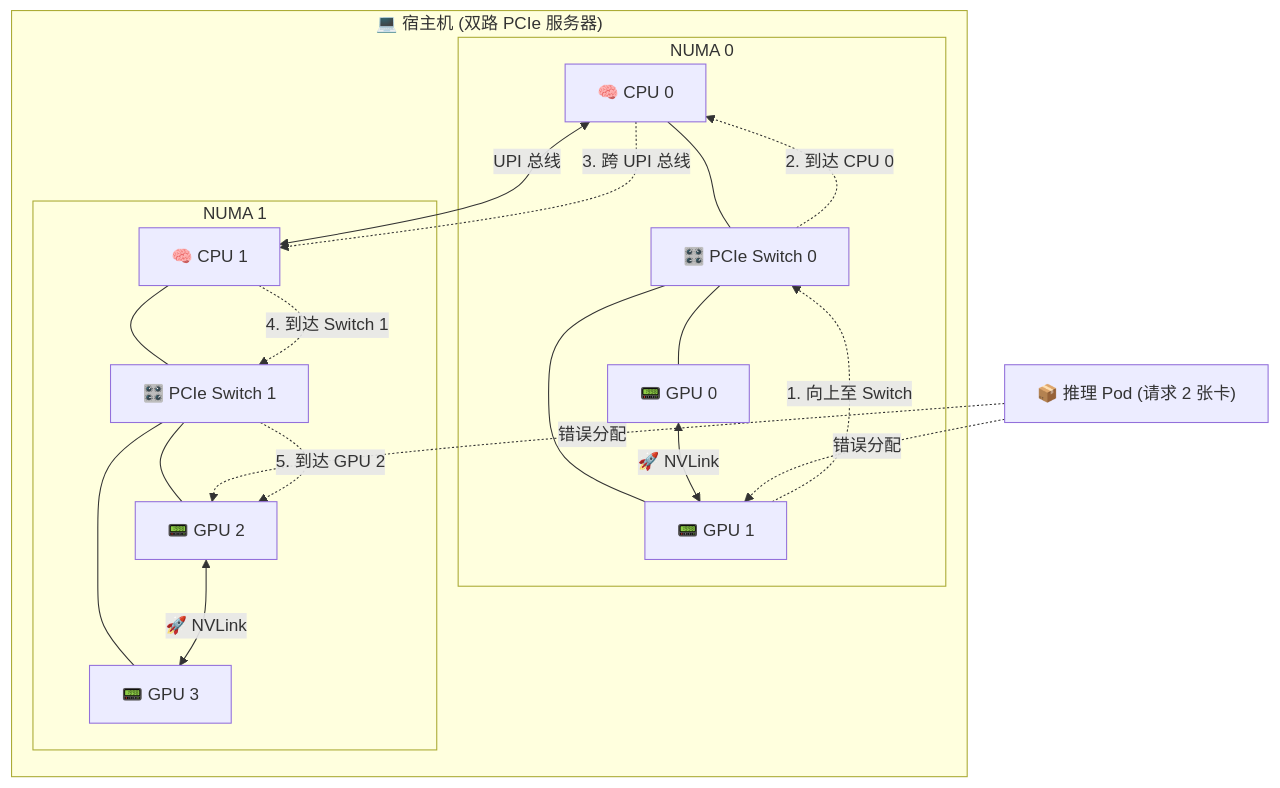
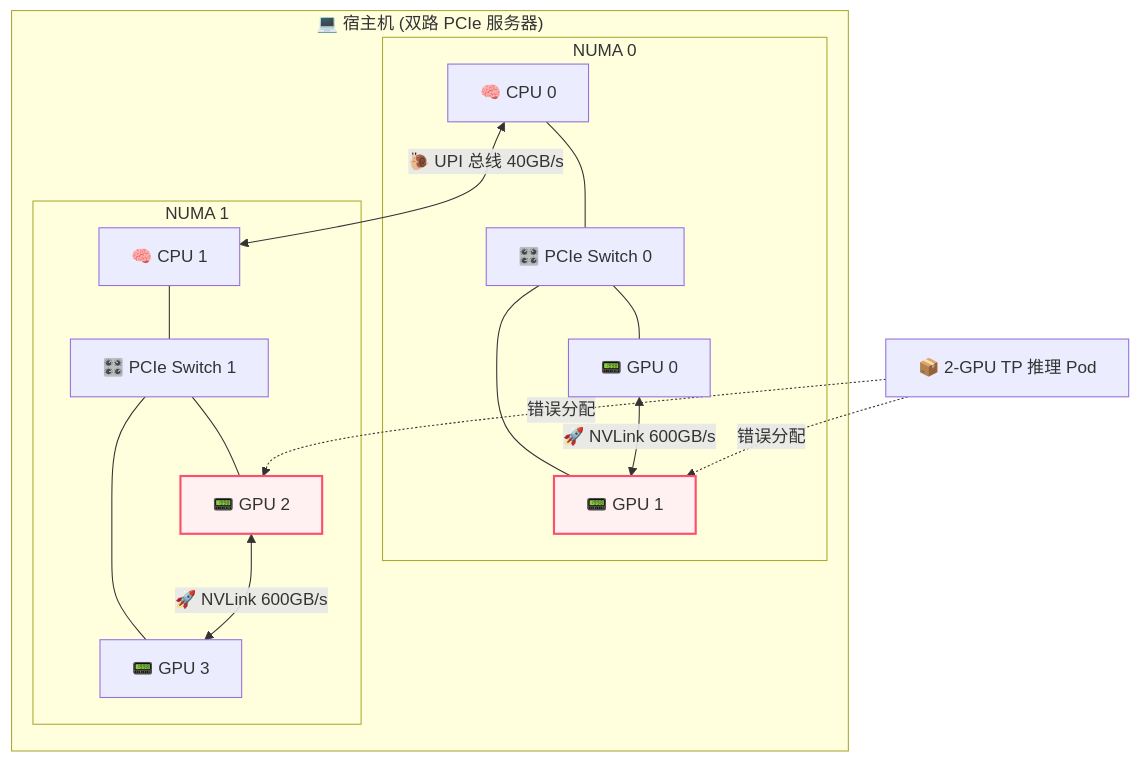
One commit to Random-Liu/llm-inference-principle-to-production changed the second of 6 diagrams in parts/part5_k8s.cn.md. Above: the diagram before and after it, drawn with Mermaid. The commit also changed other lines of this file and 1 other file, not shown here.

First line of the commit message:
Refine GPUDirect RDMA description and diagram

````diff
--- a/parts/part5_k8s.cn.md
+++ b/parts/part5_k8s.cn.md
@@ -240,30 +240,26 @@
 ```mermaid
 graph TD
     subgraph Host ["💻 宿主机 (双路 PCIe 服务器)"]
         subgraph NUMA0 ["NUMA 0"]
             CPU0["🧠 CPU 0"] --- Switch0["🎛️ PCIe Switch 0"]
             Switch0 --- GPU0["📟 GPU 0"]
             Switch0 --- GPU1["📟 GPU 1"]
-            GPU0 <-->|🚀 NVLink| GPU1
+            GPU0 <-->|🚀 NVLink 600GB/s| GPU1
         end
         
         subgraph NUMA1 ["NUMA 1"]
             CPU1["🧠 CPU 1"] --- Switch1["🎛️ PCIe Switch 1"]
             Switch1 --- GPU2["📟 GPU 2"]
             Switch1 --- GPU3["📟 GPU 3"]
-            GPU2 <-->|🚀 NVLink| GPU3
+            GPU2 <-->|🚀 NVLink 600GB/s| GPU3
         end
         
-        CPU0 <-->|UPI 总线| CPU1
+        CPU0 <-->|🐌 UPI 总线 40GB/s| CPU1
     end
     
-    Pod["📦 推理 Pod (请求 2 张卡)"] -.->|错误分配| GPU1
+    Pod["📦 2-GPU TP 推理 Pod"] -.->|错误分配| GPU1
     Pod -.->|错误分配| GPU2
-    
-    %% 高亮慢速通信路径
-    GPU1 -.->|1. 向上至 Switch| Switch0
-    Switch0 -.->|2. 到达 CPU 0| CPU0
-    CPU0 -.->|3. 跨 UPI 总线| CPU1
-    CPU1 -.->|4. 到达 Switch 1| Switch1
-    Switch1 -.->|5. 到达 GPU 2| GPU2
+
+    style GPU1 fill:#fff0f2,stroke:#ff4d6d,stroke-width:2px
+    style GPU2 fill:#fff0f2,stroke:#ff4d6d,stroke-width:2px
 ```
````
